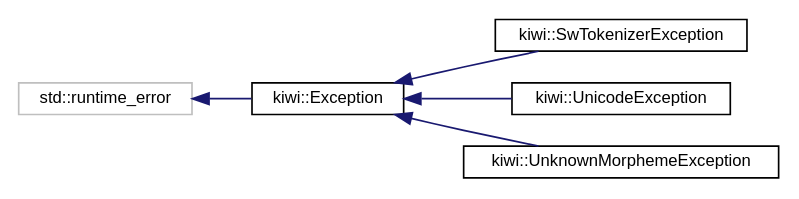
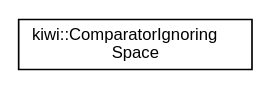
The diagram in inherit_graph_14.dot (bab2min/Kiwi), drawn with Graphviz before and after one commit. The commit also changed 209 other files, not shown here.

```diff
--- a/inherit_graph_14.dot
+++ b/inherit_graph_14.dot
@@ -1,16 +1,8 @@
 digraph "Graphical Class Hierarchy"
 {
  // LATEX_PDF_SIZE
   edge [fontname="Helvetica",fontsize="10",labelfontname="Helvetica",labelfontsize="10"];
   node [fontname="Helvetica",fontsize="10",shape=record];
   rankdir="LR";
-  Node89 [label="std::runtime_error",height=0.2,width=0.4,color="grey75", fillcolor="white", style="filled",tooltip=" "];
-  Node89 -> Node0 [dir="back",color="midnightblue",fontsize="10",style="solid",fontname="Helvetica"];
-  Node0 [label="kiwi::Exception",height=0.2,width=0.4,color="black", fillcolor="white", style="filled",URL="$classkiwi_1_1Exception.html",tooltip=" "];
-  Node0 -> Node1 [dir="back",color="midnightblue",fontsize="10",style="solid",fontname="Helvetica"];
-  Node1 [label="kiwi::SwTokenizerException",height=0.2,width=0.4,color="black", fillcolor="white", style="filled",URL="$classkiwi_1_1SwTokenizerException.html",tooltip=" "];
-  Node0 -> Node2 [dir="back",color="midnightblue",fontsize="10",style="solid",fontname="Helvetica"];
-  Node2 [label="kiwi::UnicodeException",height=0.2,width=0.4,color="black", fillcolor="white", style="filled",URL="$classkiwi_1_1UnicodeException.html",tooltip=" "];
-  Node0 -> Node3 [dir="back",color="midnightblue",fontsize="10",style="solid",fontname="Helvetica"];
-  Node3 [label="kiwi::UnknownMorphemeException",height=0.2,width=0.4,color="black", fillcolor="white", style="filled",URL="$classkiwi_1_1UnknownMorphemeException.html",tooltip=" "];
+  Node0 [label="kiwi::ComparatorIgnoring\lSpace",height=0.2,width=0.4,color="black", fillcolor="white", style="filled",URL="$structkiwi_1_1ComparatorIgnoringSpace.html",tooltip=" "];
 }
```
